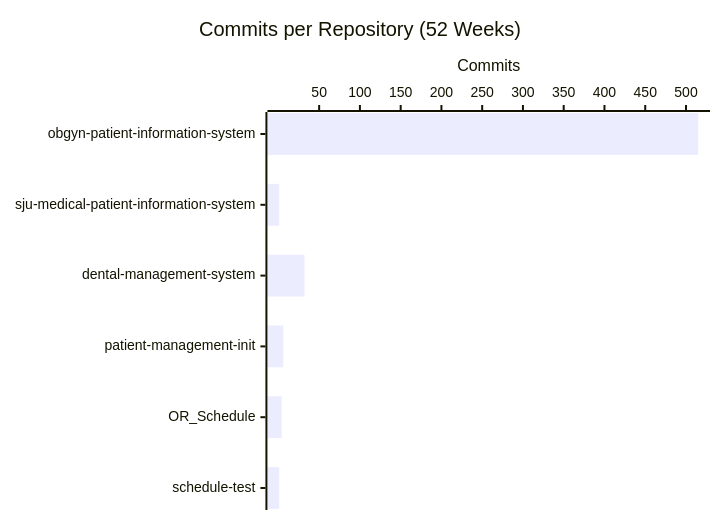
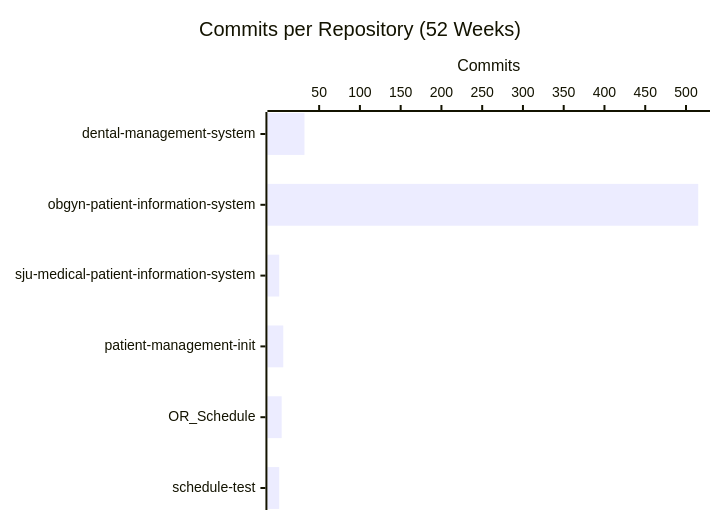
The second of 4 diagrams in profile/README.md (CSTH-Projects/.github), drawn with Mermaid before and after one commit. The commit also changed other lines of this file, not shown here.

````diff
--- a/profile/README.md
+++ b/profile/README.md
@@ -24,7 +24,7 @@
 ```mermaid
 xychart-beta horizontal
     title "Commits per Repository (52 Weeks)"
-    x-axis ["obgyn-patient-information-system", "sju-medical-patient-information-system", "dental-management-system", "patient-management-init", "OR_Schedule", "schedule-test"]
+    x-axis ["dental-management-system", "obgyn-patient-information-system", "sju-medical-patient-information-system", "patient-management-init", "OR_Schedule", "schedule-test"]
     y-axis "Commits"
-    bar [515, 1, 32, 6, 4, 1]
+    bar [32, 515, 1, 6, 4, 1]
 ```
````
